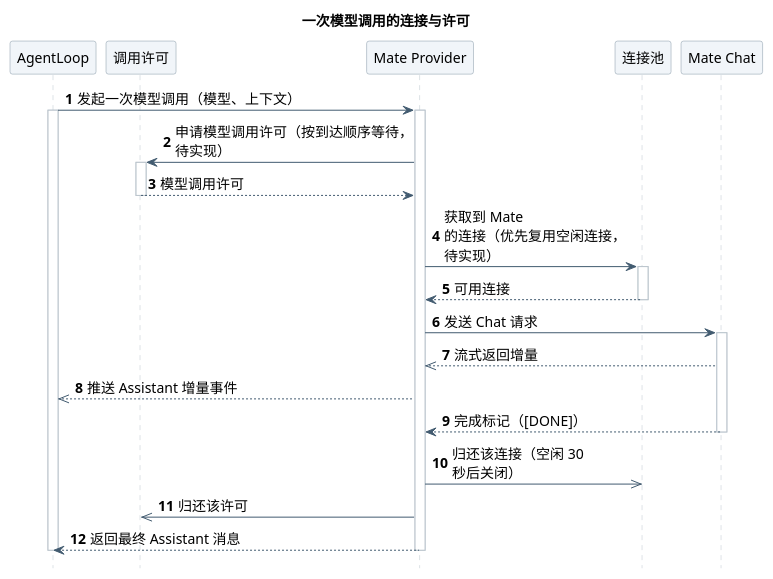
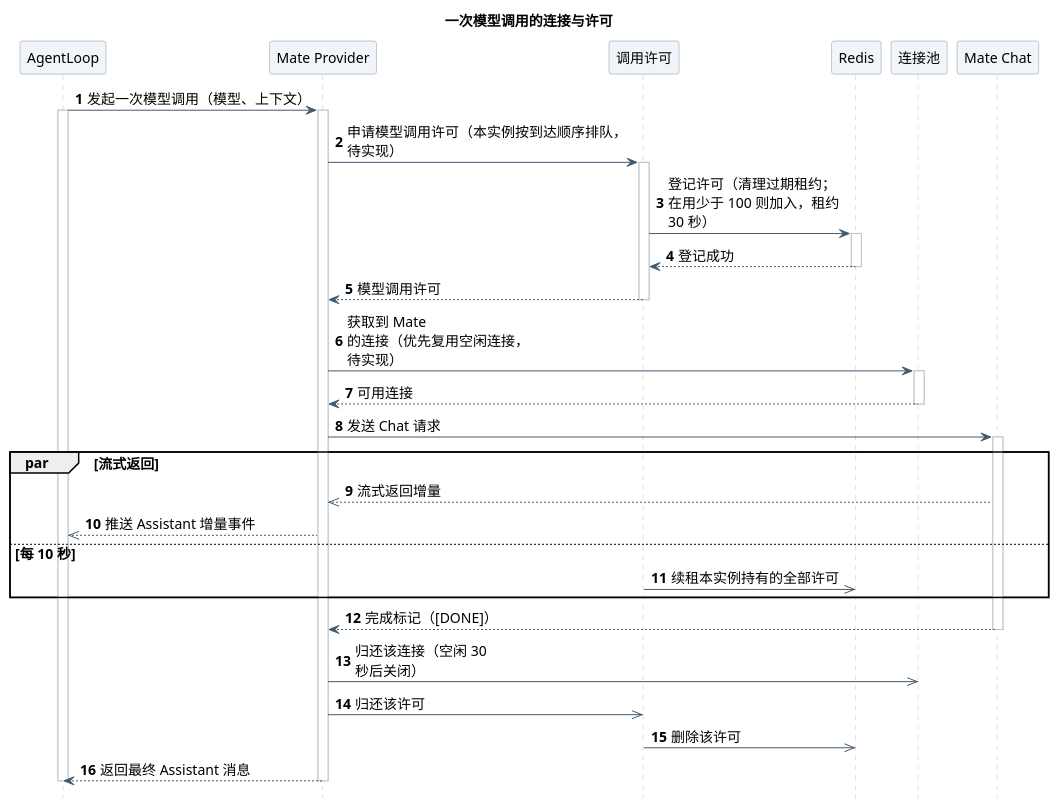
The fourth of 4 diagrams in 02-服务与接口/03-Model/diagram.puml (ssm0808/pi-mono-java-design), drawn with PlantUML before and after one commit. The commit also changed other lines of this file and 13 other files, not shown here.

First line of the commit message:
docs(model): 模型调用许可改为 Redis 全局许可

```diff
--- a/02-服务与接口/03-Model/diagram.puml
+++ b/02-服务与接口/03-Model/diagram.puml
@@ -311,44 +314,52 @@
 @startuml model-call-permit
 ' 源码基线：pi-mono-java main 1acbbf3f046932872af06868c600bb5d9498d8b6（2026-10-16 隔离 fetch）
 ' 源码证据：modules/ai/src/main/java/com/campusclaw/ai/provider/mate/CampusMateProvider.java：createWebClient、eventFlux、subscribe、cancel
 ' 源码证据：modules/coding-agent-cli/src/main/java/com/campusclaw/codingagent/runtimeapi/runtime/RuntimeExecutionProperties.java：maxActive
 ' JDK 证据：openjdk/jdk21u master bb6b279495ceff8442dbd0225756b92d466d5309，src/java.net.http/share/classes/jdk/internal/net/http/ConnectionPool.java：returnToPool、MAX_POOL_SIZE
 ' JDK 证据：同上 HttpClientImpl.java：DEFAULT_KEEP_ALIVE_TIMEOUT；MultiExchange.java：retryOnFailure、canRetryRequest
-' 已观察行为：当前使用 Reactor Netty 默认连接池，没有显式的模型调用并发上限。
-' 设计原因：许可先于发出请求，结束后归还，使在途调用与到 Mate 的连接都不超过许可数。
-' 架构变更：许可与 JDK HttpClient 连接池均待实现；连接池是 JDK 内部对象，单列是因为本图回答连接是否复用。
+' 已观察行为：当前使用 Reactor Netty 默认连接池，没有显式的模型调用并发上限；项目中没有 Redis 代码。
+' 设计原因：许可先于发出请求，结束后归还，使所有实例合计的在途调用不超过全局许可数；租约保证实例崩溃后许可可回收。
+' 架构变更：Redis 全局许可与 JDK HttpClient 连接池均待实现；Redis 不可用时的降级路径见 Model §5.4，不在本图。
 skinparam backgroundColor white
 skinparam defaultFontName SansSerif
 skinparam defaultFontSize 14
 skinparam shadowing false
 skinparam sequenceMessageAlign left
 skinparam maxMessageSize 180
 skinparam sequenceArrowColor #425B70
 skinparam sequenceLifeLineBorderColor #BAC4CC
 skinparam sequenceParticipantBackgroundColor #F1F5F9
 skinparam sequenceParticipantBorderColor #8496A4
 hide footbox
 autonumber
 
 title 一次模型调用的连接与许可
 participant AgentLoop as Loop
+participant "Mate Provider" as Provider
 participant "调用许可" as Permits
-participant "Mate Provider" as Provider
+participant "Redis" as Redis
 participant "连接池" as Pool
 participant "Mate Chat" as Mate
 
 Loop -> Provider ++ : 发起一次模型调用（模型、上下文）
 activate Loop
-Provider -> Permits ++ : 申请模型调用许可（按到达顺序等待，待实现）
+Provider -> Permits ++ : 申请模型调用许可（本实例按到达顺序排队，待实现）
+Permits -> Redis ++ : 登记许可（清理过期租约；在用少于 100 则加入，租约 30 秒）
+return 登记成功
 return 模型调用许可
 Provider -> Pool ++ : 获取到 Mate 的连接（优先复用空闲连接，待实现）
 return 可用连接
 Provider -> Mate ++ : 发送 Chat 请求
-Mate -->> Provider : 流式返回增量
-Provider -->> Loop : 推送 Assistant 增量事件
+par 流式返回
+  Mate -->> Provider : 流式返回增量
+  Provider -->> Loop : 推送 Assistant 增量事件
+else 每 10 秒
+  Permits ->> Redis : 续租本实例持有的全部许可
+end
 return 完成标记（[DONE]）
 Provider ->> Pool : 归还该连接（空闲 30 秒后关闭）
 Provider ->> Permits : 归还该许可
+Permits ->> Redis : 删除该许可
 return 返回最终 Assistant 消息
 deactivate Loop
 @enduml
```
